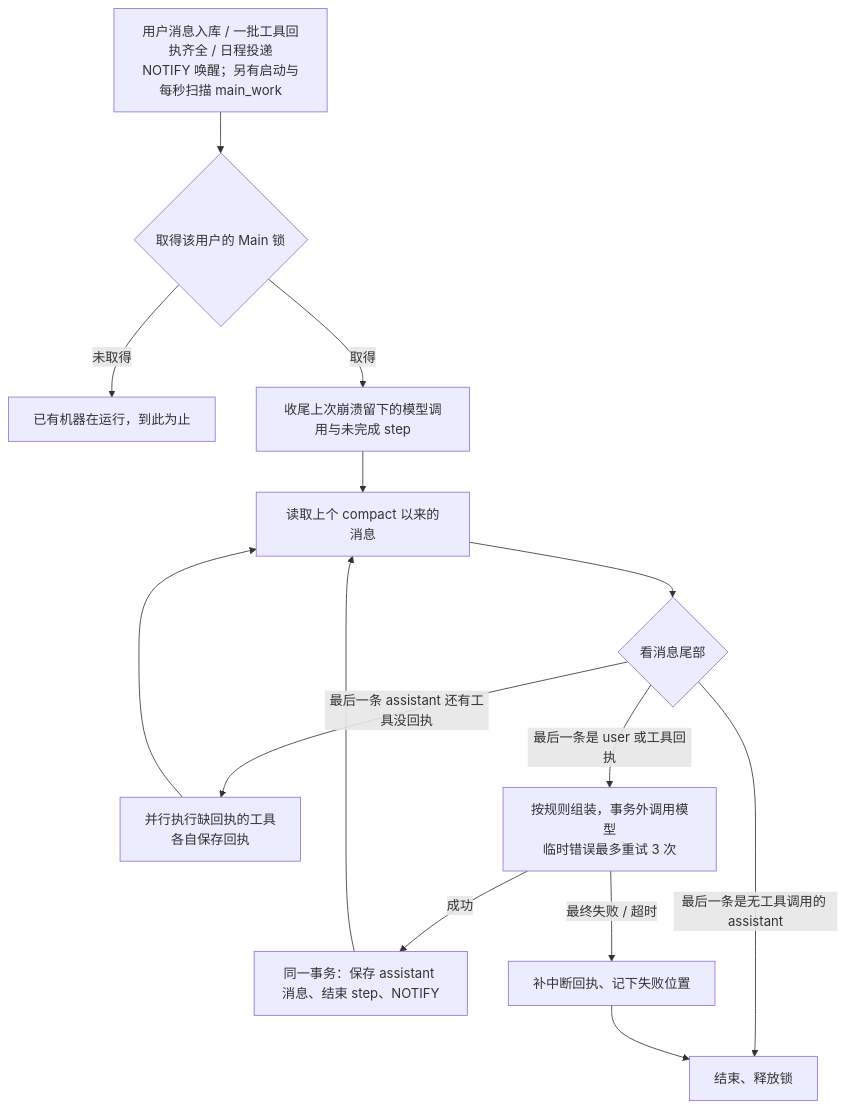
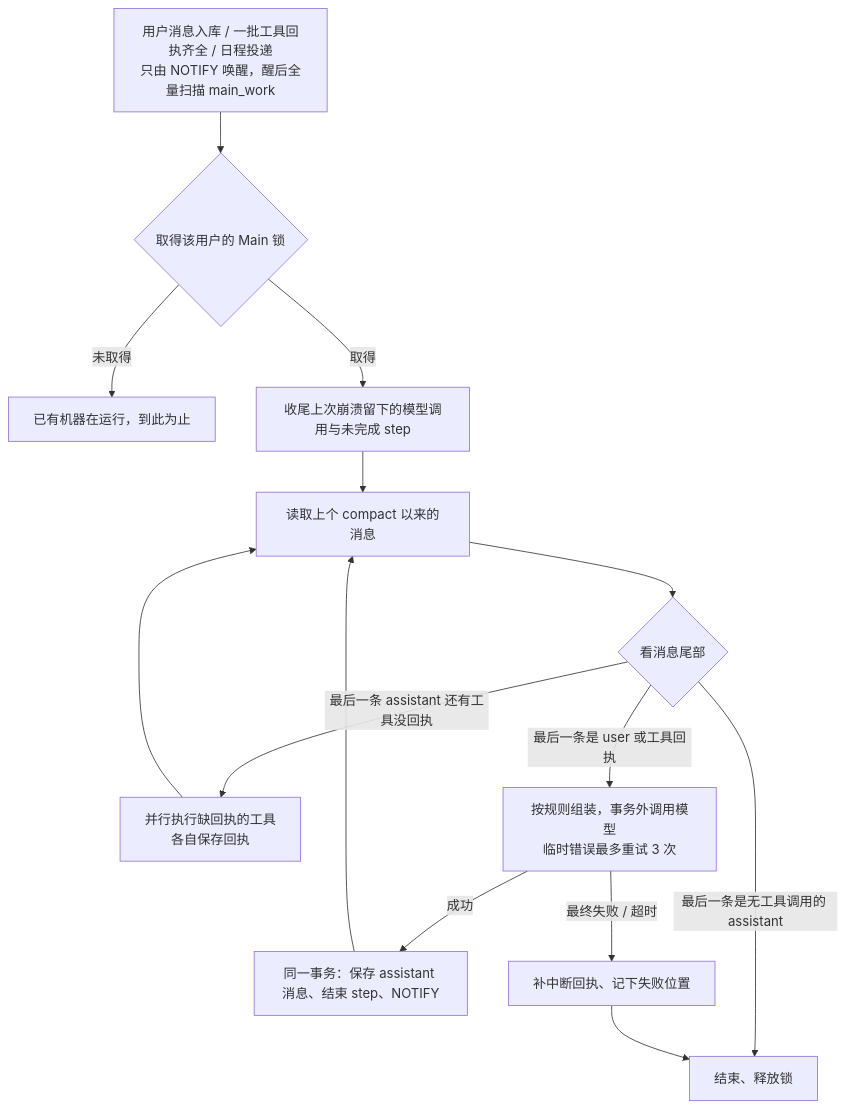
The first of 2 diagrams in docs/wiki/05-main-runtime.md (OmniNetOpensource/aether-personal), drawn with Mermaid before and after one commit. The commit also changed other lines of this file and 9 other files, not shown here.

````diff
--- a/docs/wiki/05-main-runtime.md
+++ b/docs/wiki/05-main-runtime.md
@@ -52,16 +54,16 @@
 ```mermaid
 flowchart TD
-    WAKE["用户消息入库 / 一批工具回执齐全 / 日程投递<br/>NOTIFY 唤醒；另有启动与每秒扫描 main_work"] --> LOCK{"取得该用户的 Main 锁"}
+    WAKE["用户消息入库 / 一批工具回执齐全 / 日程投递<br/>只由 NOTIFY 唤醒，醒后全量扫描 main_work"] --> LOCK{"取得该用户的 Main 锁"}
     LOCK -->|未取得| WAIT["已有机器在运行，到此为止"]
     LOCK -->|取得| RECOVER["收尾上次崩溃留下的模型调用与未完成 step"]
     RECOVER --> LOAD["读取上个 compact 以来的消息"]
     LOAD --> TAIL{"看消息尾部"}
     TAIL -->|最后一条 assistant 还有工具没回执| TOOL["并行执行缺回执的工具<br/>各自保存回执"]
     TOOL --> LOAD
     TAIL -->|最后一条是 user 或工具回执| CALL["按规则组装，事务外调用模型<br/>临时错误最多重试 3 次"]
     CALL -->|成功| SAVE["同一事务：保存 assistant 消息、结束 step、NOTIFY"]
     SAVE --> LOAD
     TAIL -->|最后一条是无工具调用的 assistant| RELEASE["结束、释放锁"]
     CALL -->|最终失败 / 超时| FAIL["补中断回执、记下失败位置"]
     FAIL --> RELEASE
 ```
````
